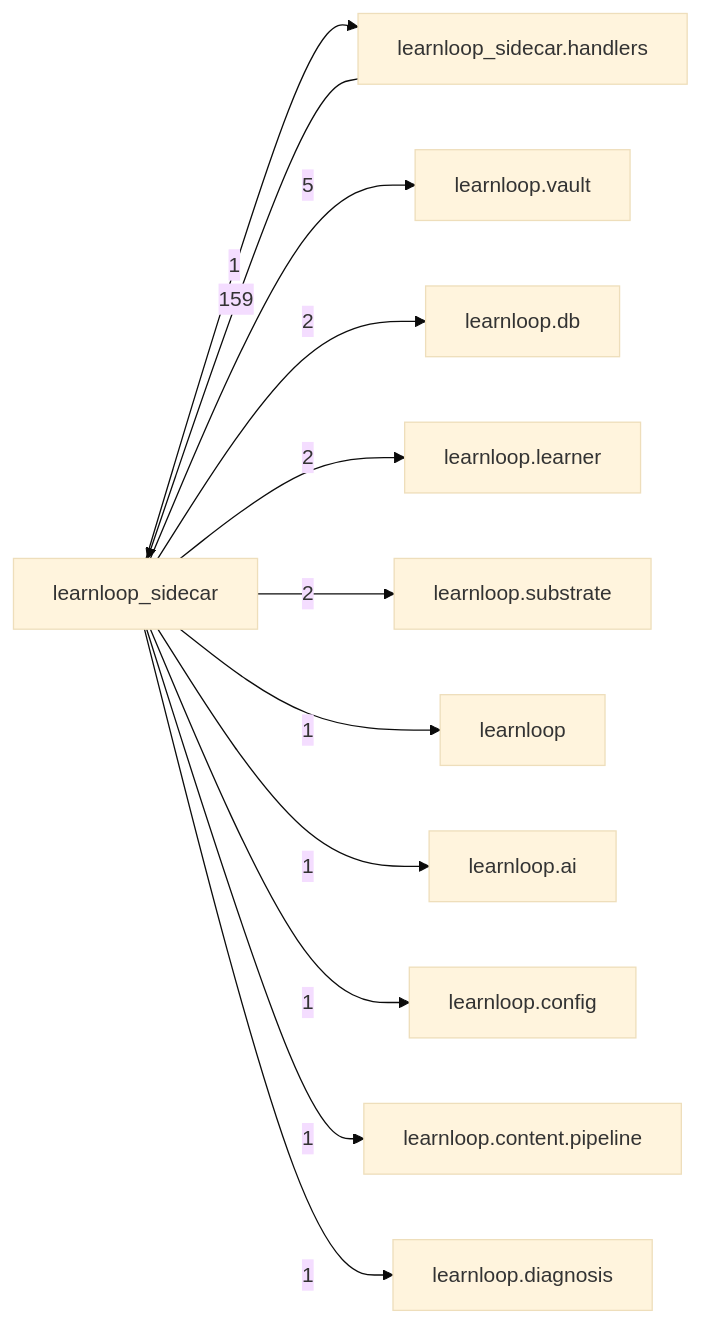
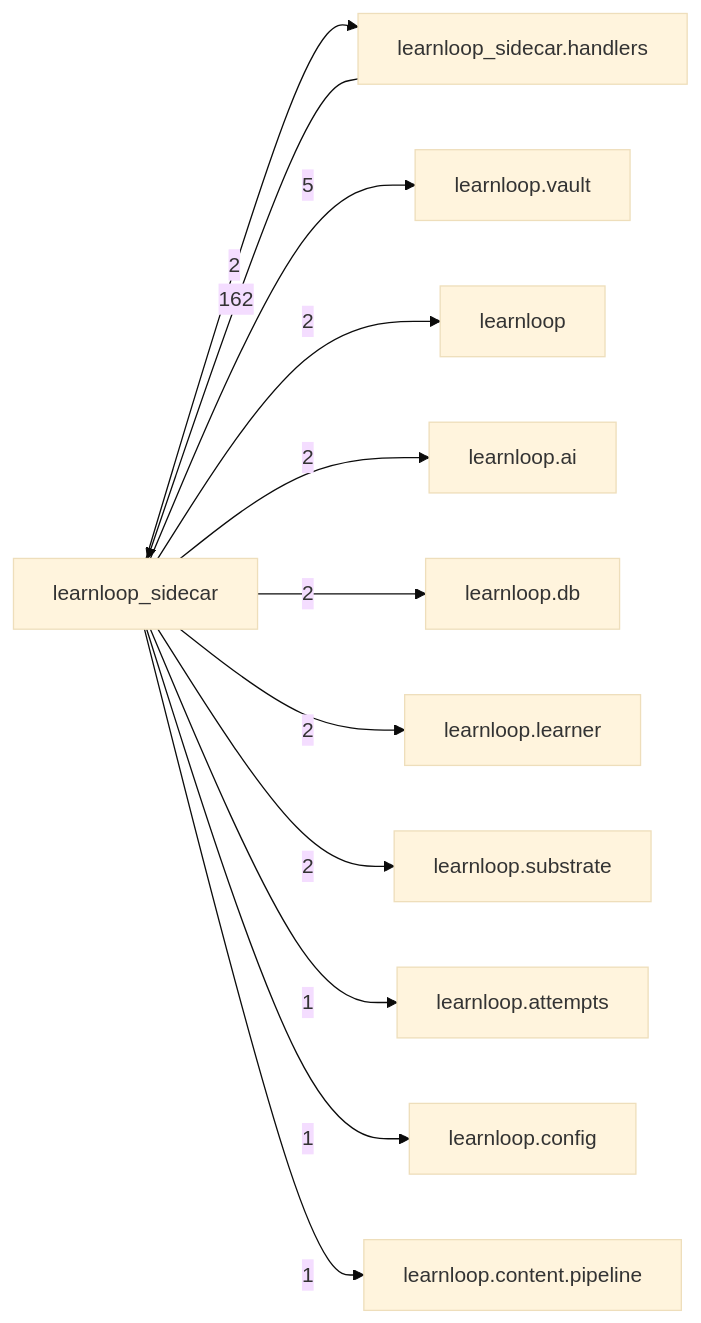
The diagram in docs/learnloop-architecture-vault/Reference/Modules/learnloop_sidecar/_package.md (6up-b/learnanything), drawn with Mermaid (base theme) before and after one commit. The commit also changed other lines of this file and 633 other files, not shown here.

````diff
--- a/docs/learnloop-architecture-vault/Reference/Modules/learnloop_sidecar/_package.md
+++ b/docs/learnloop-architecture-vault/Reference/Modules/learnloop_sidecar/_package.md
@@ -97,25 +98,25 @@
 ```mermaid
 flowchart LR
     center["learnloop_sidecar"]
     n_learnloop_sidecar_handlers["learnloop_sidecar.handlers"]
     n_learnloop_vault["learnloop.vault"]
+    n_learnloop["learnloop"]
+    n_learnloop_ai["learnloop.ai"]
     n_learnloop_db["learnloop.db"]
     n_learnloop_learner["learnloop.learner"]
     n_learnloop_substrate["learnloop.substrate"]
-    n_learnloop["learnloop"]
-    n_learnloop_ai["learnloop.ai"]
+    n_learnloop_attempts["learnloop.attempts"]
     n_learnloop_config["learnloop.config"]
     n_learnloop_content_pipeline["learnloop.content.pipeline"]
-    n_learnloop_diagnosis["learnloop.diagnosis"]
-    n_learnloop_sidecar_handlers -->|159| center
-    center -->|1| n_learnloop_sidecar_handlers
+    n_learnloop_sidecar_handlers -->|162| center
+    center -->|2| n_learnloop_sidecar_handlers
     center -->|5| n_learnloop_vault
+    center -->|2| n_learnloop
+    center -->|2| n_learnloop_ai
     center -->|2| n_learnloop_db
     center -->|2| n_learnloop_learner
     center -->|2| n_learnloop_substrate
-    center -->|1| n_learnloop
-    center -->|1| n_learnloop_ai
+    center -->|1| n_learnloop_attempts
     center -->|1| n_learnloop_config
     center -->|1| n_learnloop_content_pipeline
-    center -->|1| n_learnloop_diagnosis
 ```
````
